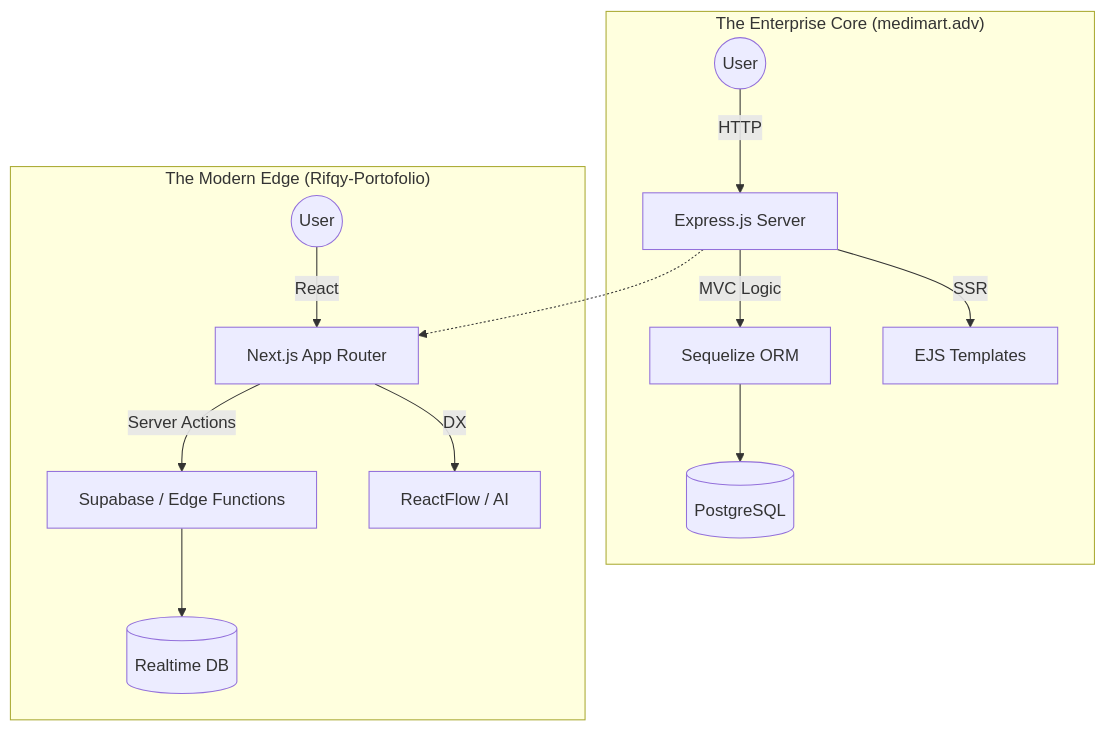
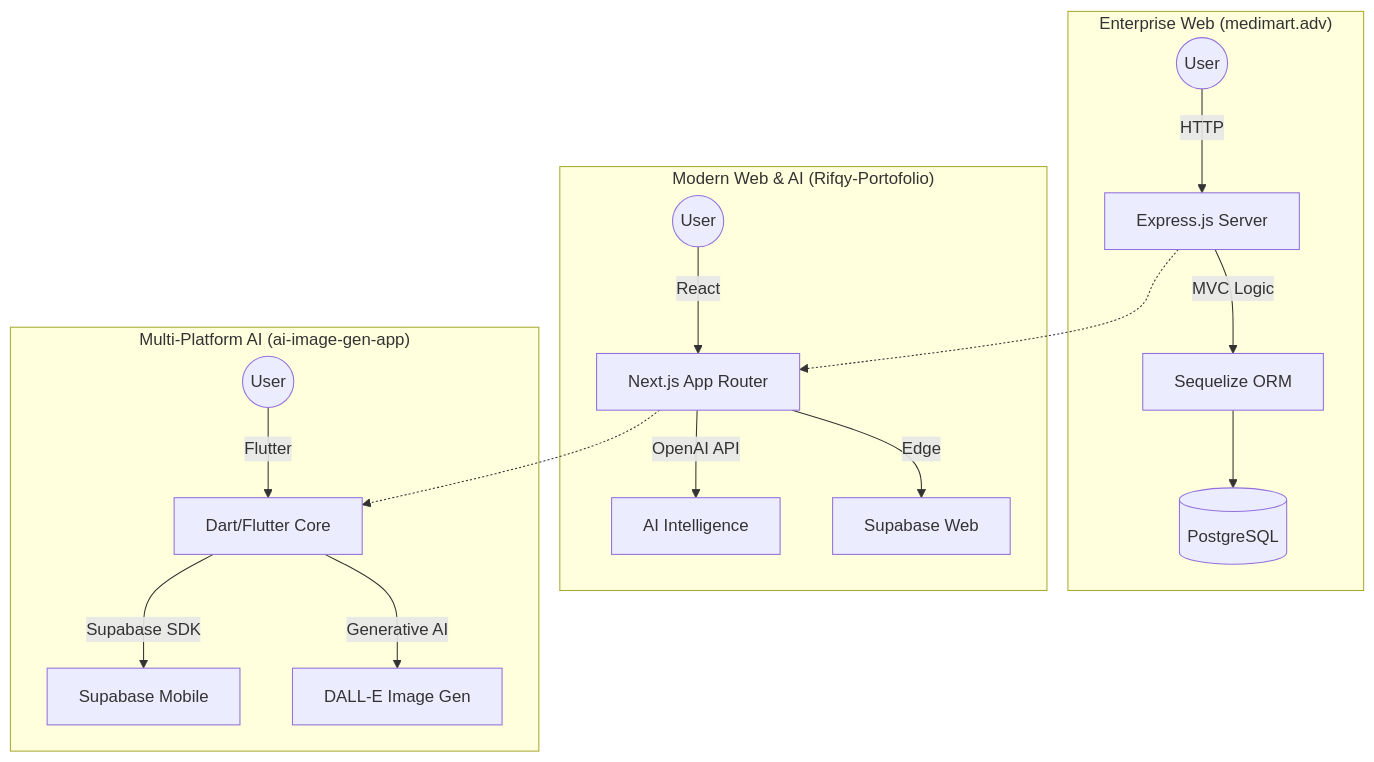
Before and after one commit to rifqyhazim22/rifqyhazim22: the diagram in README.md, drawn with Mermaid. The commit also changed other lines of this file, not shown here.

Commit message:
Enhance profile: Add AI-driven Flutter mobile app and expanded technical ecosystem

````diff
--- a/README.md
+++ b/README.md
@@ -24,18 +24,23 @@
 ```mermaid
 graph TD
-    subgraph "The Enterprise Core (medimart.adv)"
+    subgraph "Enterprise Web (medimart.adv)"
         M_User((User)) -- HTTP --> Express[Express.js Server]
         Express -- MVC Logic --> Seq[Sequelize ORM]
         Seq --> Postgres[(PostgreSQL)]
-        Express -- SSR --> EJS[EJS Templates]
     end
 
-    subgraph "The Modern Edge (Rifqy-Portofolio)"
+    subgraph "Modern Web & AI (Rifqy-Portofolio)"
         P_User((User)) -- React --> NextWS[Next.js App Router]
-        NextWS -- Server Actions --> Supa[Supabase / Edge Functions]
-        Supa --> Realtime[(Realtime DB)]
-        NextWS -- DX --> RFlow[ReactFlow / AI]
+        NextWS -- OpenAI API --> AI_Prompt[AI Intelligence]
+        NextWS -- Edge --> SupaW[Supabase Web]
+    end
+
+    subgraph "Multi-Platform AI (ai-image-gen-app)"
+        A_User((User)) -- Flutter --> Dart[Dart/Flutter Core]
+        Dart -- Supabase SDK --> SupaM[Supabase Mobile]
+        Dart -- Generative AI --> DALL_E[DALL-E Image Gen]
     end
 
     Express -.-> NextWS
+    NextWS -.-> Dart
 ```
````
